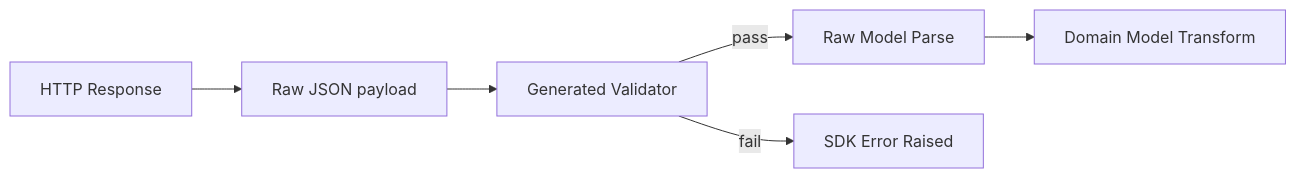
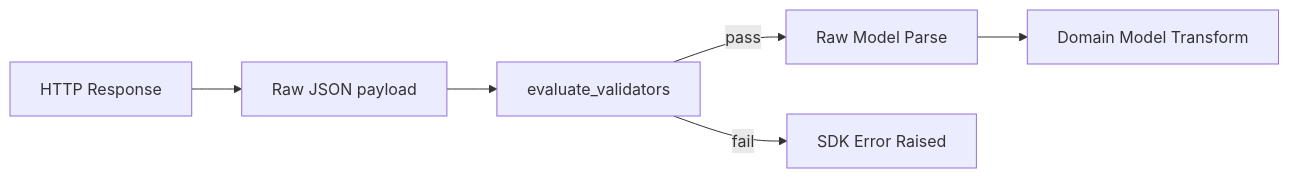
One commit to Soju06/python-kis changed the first of 4 diagrams in docs/prd/kis-response-validator-prd.md. Above: the diagram before and after it, drawn with Mermaid. The commit also changed other lines of this file and 94 other files, not shown here.

````diff
--- a/docs/prd/kis-response-validator-prd.md
+++ b/docs/prd/kis-response-validator-prd.md
@@ -195,8 +449,8 @@
 ```mermaid
 flowchart LR
   A[HTTP Response] --> B[Raw JSON payload]
-  B --> C[Generated Validator]
+  B --> C[evaluate_validators]
   C -->|pass| D[Raw Model Parse]
   C -->|fail| E[SDK Error Raised]
   D --> F[Domain Model Transform]
 ```
````
